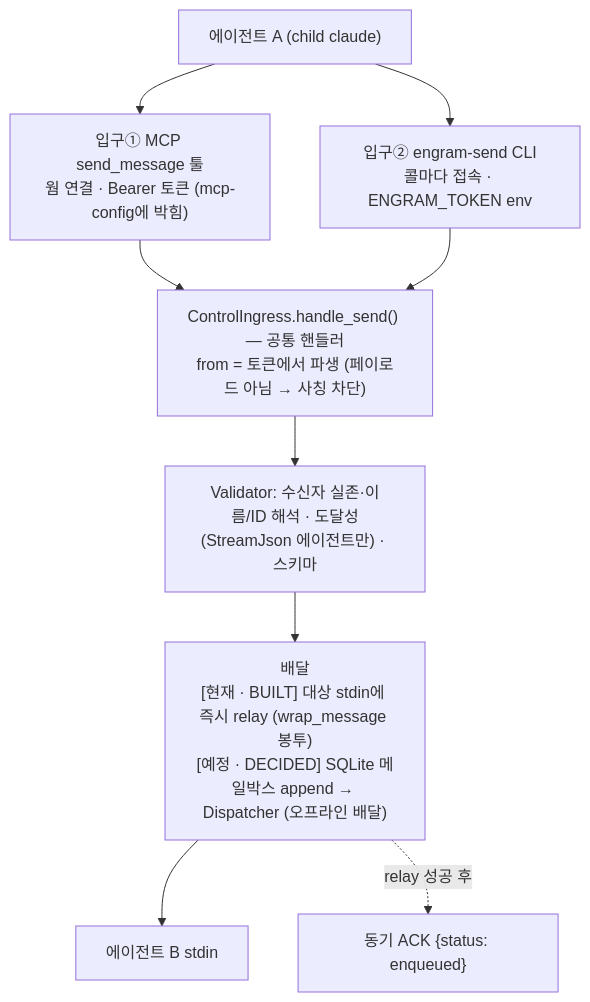
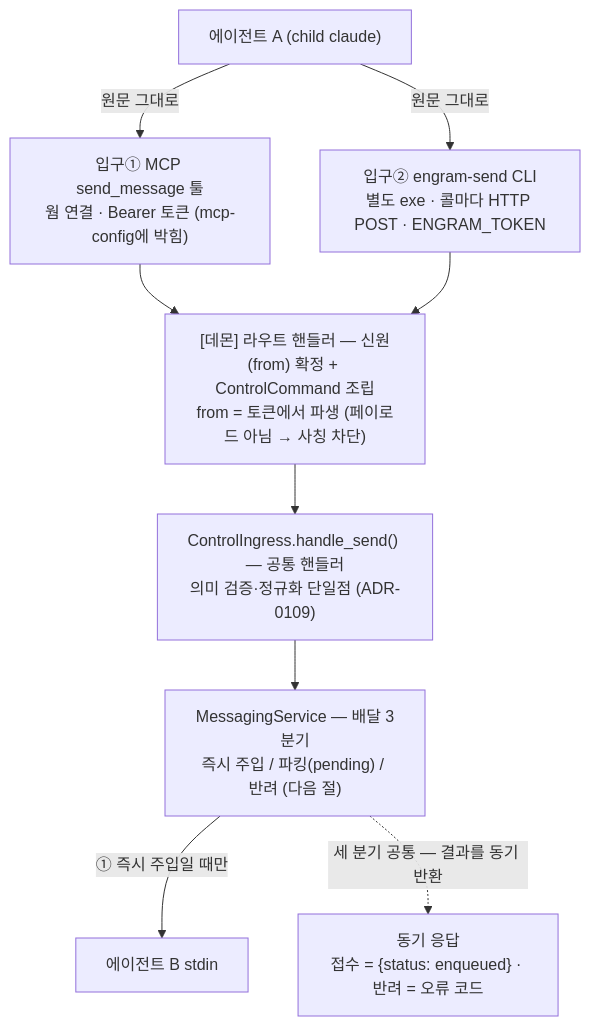
One commit to kimsunzun/engram-dashboard changed the eighth of 20 diagrams in docs/reference/architecture-overview.md. Above: the diagram before and after it, drawn with Mermaid. The commit also changed other lines of this file and 1 other file, not shown here.

First line of the commit message:
docs: architecture-overview 메시징(S18) 편입 — 공개 드리프트 해소 (/review doc 2인 취합 19건 반영)

````diff
--- a/docs/reference/architecture-overview.md
+++ b/docs/reference/architecture-overview.md
@@ -285,16 +290,17 @@
 ```mermaid
 flowchart TD
   A["에이전트 A (child claude)"]
   MCP["입구① MCP send_message 툴<br/>웜 연결 · Bearer 토큰 (mcp-config에 박힘)"]
-  CLI["입구② engram-send CLI<br/>콜마다 접속 · ENGRAM_TOKEN env"]
-  CI["ControlIngress.handle_send() — 공통 핸들러<br/>from = 토큰에서 파생 (페이로드 아님 → 사칭 차단)"]
-  VAL["Validator: 수신자 실존·이름/ID 해석 · 도달성(StreamJson 에이전트만) · 스키마"]
-  DELIV["배달<br/>[현재 · BUILT] 대상 stdin에 즉시 relay (wrap_message 봉투)<br/>[예정 · DECIDED] SQLite 메일박스 append → Dispatcher (오프라인 배달)"]
+  CLI["입구② engram-send CLI<br/>별도 exe · 콜마다 HTTP POST · ENGRAM_TOKEN"]
+  CI["[데몬] 라우트 핸들러 — 신원(from) 확정 + ControlCommand 조립<br/>from = 토큰에서 파생 (페이로드 아님 → 사칭 차단)"]
+  VAL["ControlIngress.handle_send() — 공통 핸들러<br/>의미 검증·정규화 단일점 (ADR-0109)"]
+  DELIV["MessagingService — 배달 3분기<br/>즉시 주입 / 파킹(pending) / 반려 (다음 절)"]
   B["에이전트 B stdin"]
-  ACK["동기 ACK {status: enqueued}"]
+  ACK["동기 응답<br/>접수 = {status: enqueued} · 반려 = 오류 코드"]
 
-  A --> MCP --> CI
-  A --> CLI --> CI
-  CI --> VAL --> DELIV --> B
-  DELIV -.->|"relay 성공 후"| ACK
+  A -->|"원문 그대로"| MCP --> CI
+  A -->|"원문 그대로"| CLI --> CI
+  CI --> VAL --> DELIV
+  DELIV -->|"① 즉시 주입일 때만"| B
+  DELIV -.->|"세 분기 공통 — 결과를 동기 반환"| ACK
 ```
````
